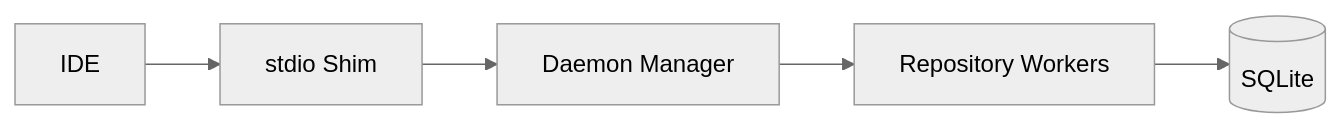
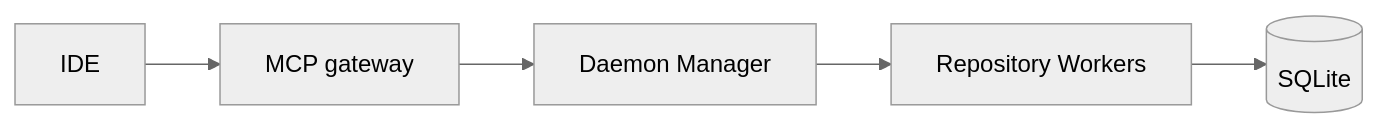
One commit to civyk-official/civyk-repoix changed the diagram in README.md. Above: the diagram before and after it, drawn with Mermaid (neutral theme). The commit also changed other lines of this file and 1 other file, not shown here.

````diff
--- a/README.md
+++ b/README.md
@@ -467,4 +541,4 @@
 ```mermaid
 graph LR
-    IDE[IDE] --> Shim[stdio Shim] --> Daemon[Daemon Manager] --> Workers[Repository Workers] --> DB[(SQLite)]
+    IDE[IDE] --> Gateway[MCP gateway] --> Daemon[Daemon Manager] --> Workers[Repository Workers] --> DB[(SQLite)]
 ```
````
